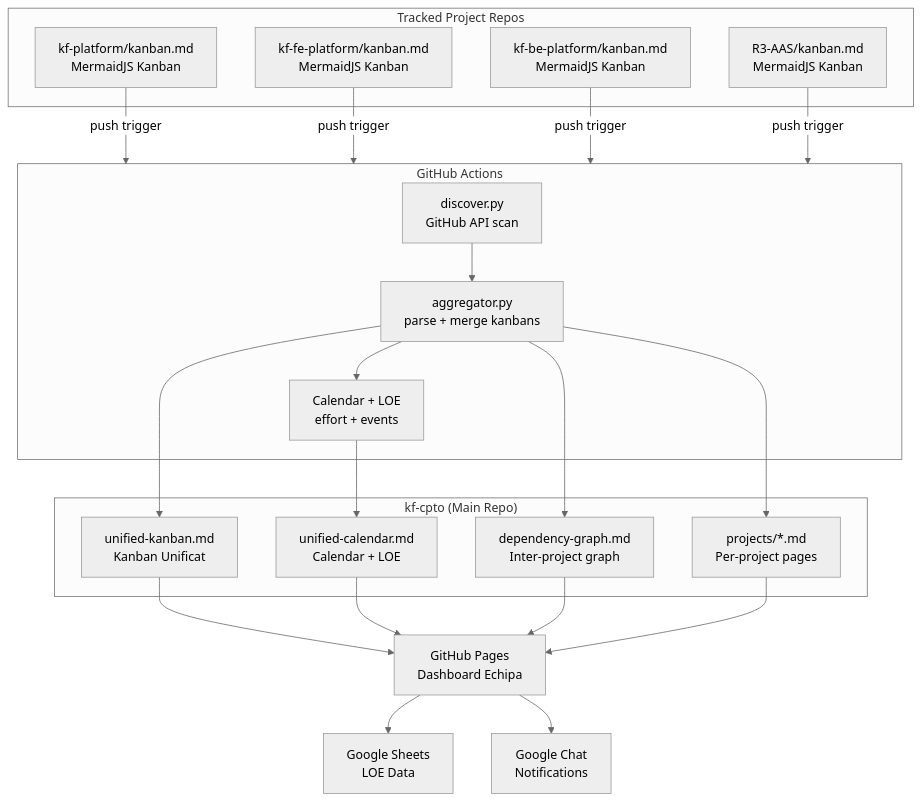
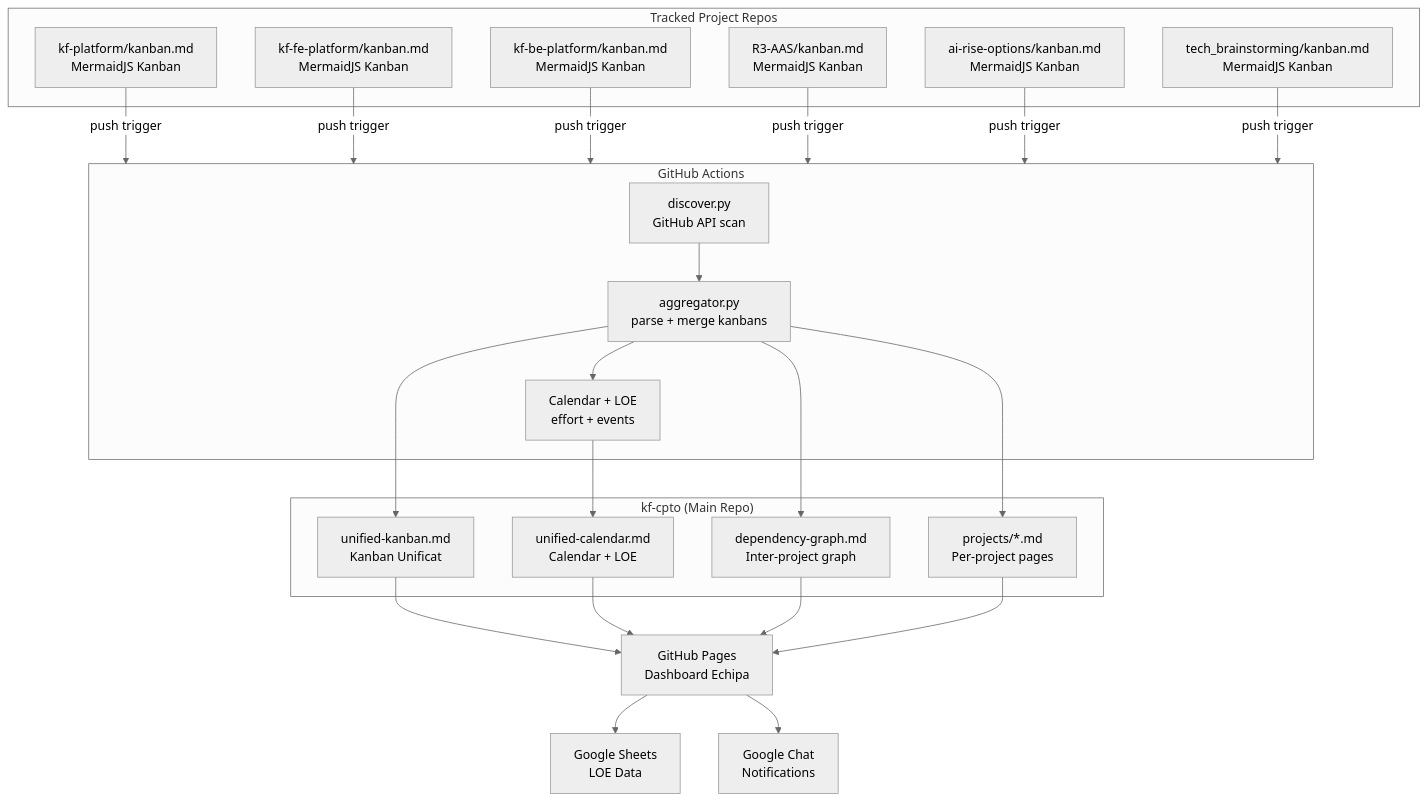
The diagram in README.md (Katty-Fashion/kf-cpto), drawn with Mermaid (neutral theme) before and after one commit. The commit also changed 1 other file, not shown here.

Commit message:
docs(quick-260707-cyc-01): fix README 6-node diagram + SKILL.md integration-branch-set note
- README How-It-Works: add nodes E (ai-rise-options) and F (tech_brainstorming) with push-trigger edges; diagram now shows all 6 dynamically-scanned repos
- SKILL.md: add [NOTE] in RECONCILE section documenting INTEGRATION-BRANCH SET contract for Tier-1/Tier-2; references INTEGRATION_BRANCH_GLOBS as sole config; no emojis
- Generator discipline-split statement (3 platform repos) left intact — different concern

````diff
--- a/README.md
+++ b/README.md
@@ -158,43 +158,47 @@
 ```mermaid
 graph TD
     subgraph repos["Tracked Project Repos"]
         A["kf-platform/kanban.md<br/>MermaidJS Kanban"]
         B["kf-fe-platform/kanban.md<br/>MermaidJS Kanban"]
         C["kf-be-platform/kanban.md<br/>MermaidJS Kanban"]
         D["R3-AAS/kanban.md<br/>MermaidJS Kanban"]
+        E["ai-rise-options/kanban.md<br/>MermaidJS Kanban"]
+        F["tech_brainstorming/kanban.md<br/>MermaidJS Kanban"]
     end
 
     A -->|push trigger| GHA
     B -->|push trigger| GHA
     C -->|push trigger| GHA
     D -->|push trigger| GHA
+    E -->|push trigger| GHA
+    F -->|push trigger| GHA
 
     subgraph GHA["GitHub Actions"]
         DISC["discover.py<br/>GitHub API scan"]
         AGG["aggregator.py<br/>parse + merge kanbans"]
         CAL["Calendar + LOE<br/>effort + events"]
         DISC --> AGG
         AGG --> CAL
     end
 
     subgraph kfcpto["kf-cpto (Main Repo)"]
         UK["unified-kanban.md<br/>Kanban Unificat"]
         UC["unified-calendar.md<br/>Calendar + LOE"]
         DG["dependency-graph.md<br/>Inter-project graph"]
         PP["projects/*.md<br/>Per-project pages"]
     end
 
     AGG --> UK
     AGG --> DG
     AGG --> PP
     CAL --> UC
 
     UK --> PAGES
     UC --> PAGES
     DG --> PAGES
     PP --> PAGES
 
     PAGES["GitHub Pages<br/>Dashboard Echipa"]
     PAGES --> GS["Google Sheets<br/>LOE Data"]
     PAGES --> GC["Google Chat<br/>Notifications"]
 ```
````
